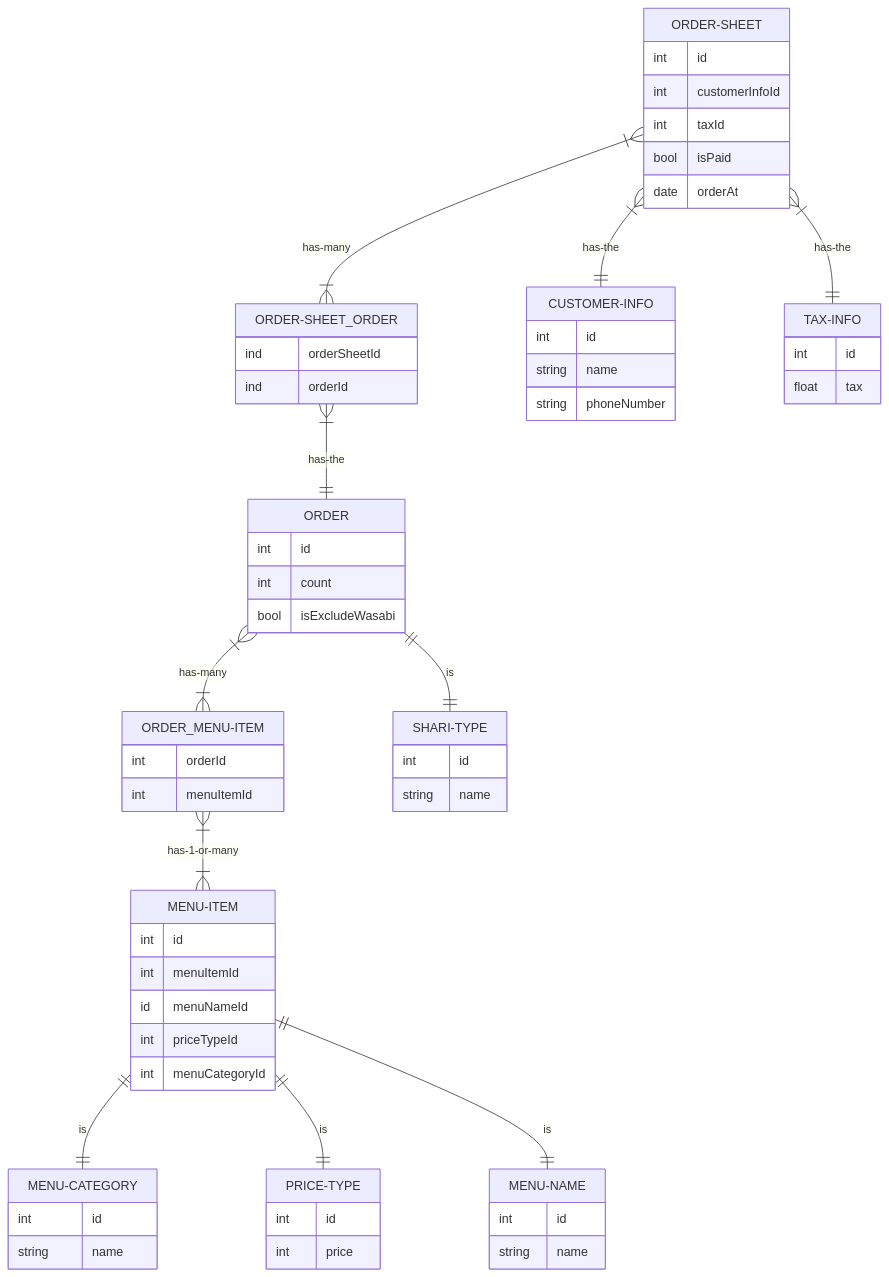
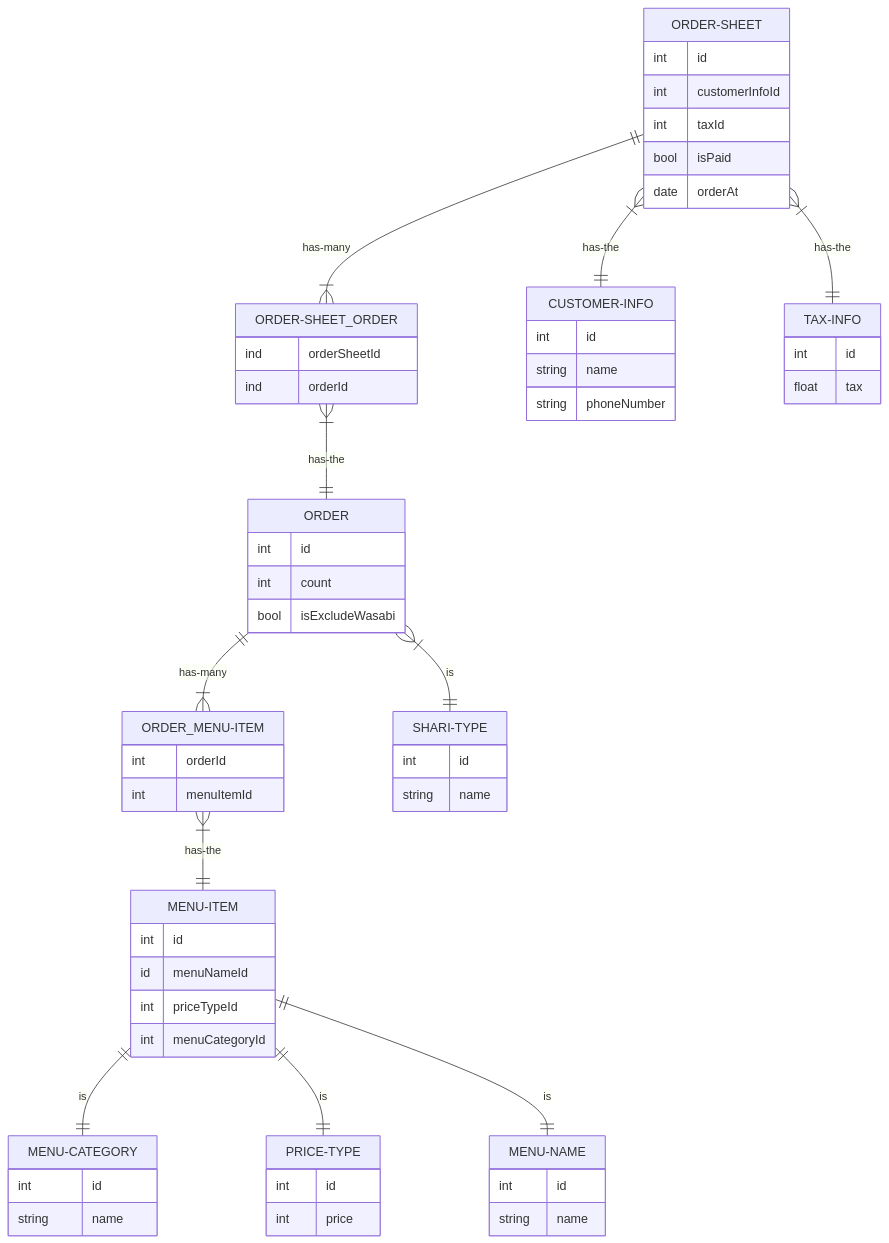
One commit to junseinagao/praha-challenge changed the diagram in データベース設計/DBモデリング1/課題2.md. Above: the diagram before and after it, drawn with Mermaid. The commit also changed 2 other files, not shown here.

Commit message:
[DBモデリング1] N:Nの関係性を修正

````diff
--- a/データベース設計/DBモデリング1/課題2.md
+++ b/データベース設計/DBモデリング1/課題2.md
@@ -1,76 +1,75 @@
 ```mermaid
 erDiagram
-    ORDER-SHEET }|--|{ ORDER-SHEET_ORDER : has-many
+    ORDER-SHEET ||--|{ ORDER-SHEET_ORDER : has-many
     ORDER-SHEET }|--|| CUSTOMER-INFO : has-the
     ORDER-SHEET }|--|| TAX-INFO : has-the
     ORDER-SHEET_ORDER }|--|| ORDER : has-the
-    ORDER }|--|{ ORDER_MENU-ITEM : has-many
-    ORDER ||--|| SHARI-TYPE : is
-    ORDER_MENU-ITEM }|--|{ MENU-ITEM : has-1-or-many
+    ORDER ||--|{ ORDER_MENU-ITEM : has-many
+    ORDER }|--|| SHARI-TYPE : is
+    ORDER_MENU-ITEM }|--|| MENU-ITEM : has-the
     MENU-ITEM ||--|| MENU-CATEGORY : is
     MENU-ITEM ||--|| PRICE-TYPE : is
     MENU-ITEM ||--|| MENU-NAME: is
 
     ORDER-SHEET {
         int id
         int customerInfoId
         int taxId
         bool isPaid
         date orderAt
     }
 
     ORDER-SHEET_ORDER {
         ind orderSheetId
         ind orderId
     }
 
     ORDER {
         int id
         int count
         bool isExcludeWasabi
     }
 
     ORDER_MENU-ITEM {
         int orderId
         int menuItemId
     }
 
     MENU-ITEM {
         int id
-        int menuItemId
         id menuNameId
         int priceTypeId
         int menuCategoryId
     }
 
     MENU-NAME {
         int id
         string name
     }
 
     SHARI-TYPE {
         int id
         string name
     }
 
     PRICE-TYPE {
         int id
         int price
     }
 
     MENU-CATEGORY {
         int id
         string name
     }
 
     CUSTOMER-INFO {
         int id
         string name
         string phoneNumber
     }
 
     TAX-INFO {
         int id
         float tax
     }
 ```
````
